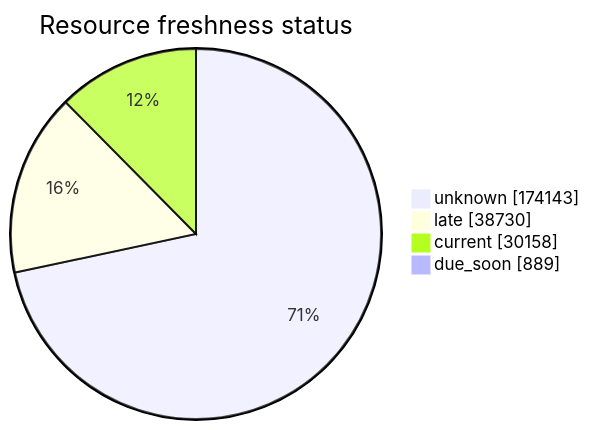
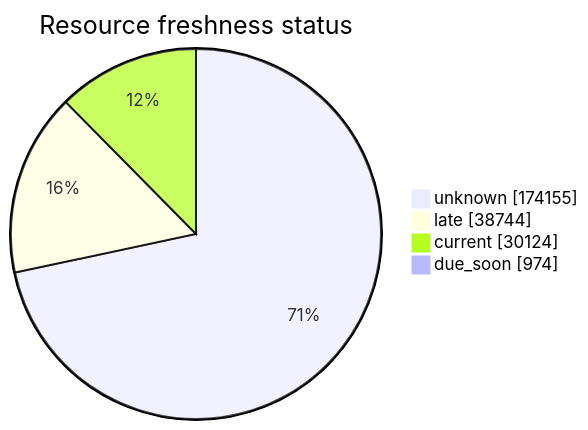
Before and after one commit to open-data/analytics-corporate-reporting: the third of 5 diagrams in FreshCheck/README.md, drawn with Mermaid. The commit also changed other lines of this file and 3 other files, not shown here.

````diff
--- a/FreshCheck/README.md
+++ b/FreshCheck/README.md
@@ -77,7 +77,7 @@
 ```mermaid
 pie showData title Resource freshness status
-    "unknown": 174143
-    "late": 38730
-    "current": 30158
-    "due_soon": 889
+    "unknown": 174155
+    "late": 38744
+    "current": 30124
+    "due_soon": 974
 ```
````
